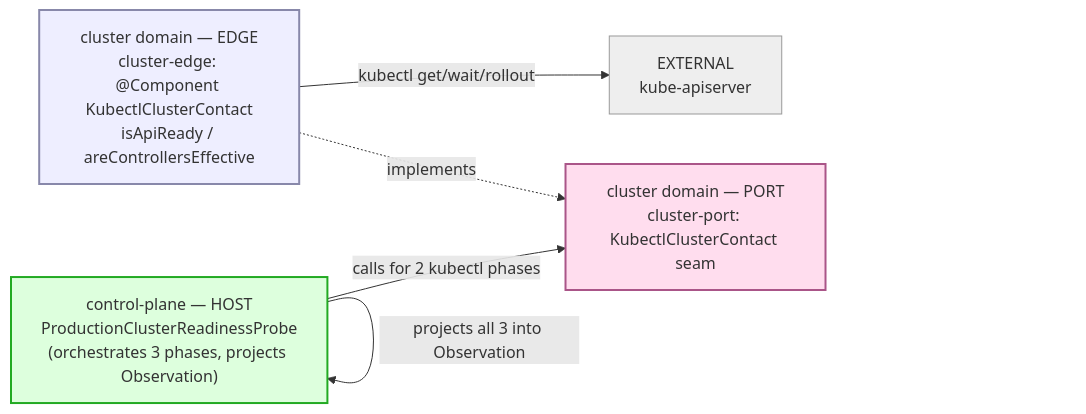
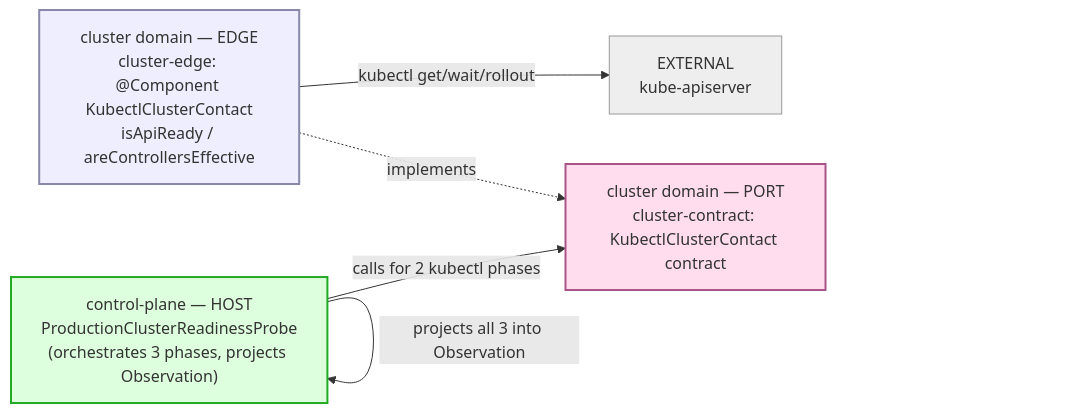
Before and after one commit to nxmatic/rke2lab: the fourth of 5 diagrams in docs/architecture/osgi/cluster-edge-spec.adoc, drawn with Mermaid. The commit also changed other lines of this file and 25 other files, not shown here.

```diff
--- a/docs/architecture/osgi/cluster-edge-spec.adoc
+++ b/docs/architecture/osgi/cluster-edge-spec.adoc
@@ -189,20 +189,20 @@
 [mermaid]
 ....
 flowchart LR
   world["EXTERNAL<br/>kube-apiserver"]
   edge["cluster domain — EDGE<br/>cluster-edge: @Component KubectlClusterContact<br/>isApiReady / areControllersEffective"]
-  cport["cluster domain — PORT<br/>cluster-port: KubectlClusterContact seam"]
+  cport["cluster domain — PORT<br/>cluster-contract: KubectlClusterContact contract"]
   host["control-plane — HOST<br/>ProductionClusterReadinessProbe<br/>(orchestrates 3 phases, projects Observation)"]
   edge -->|kubectl get/wait/rollout| world
   edge -.->|implements| cport
   host -->|calls for 2 kubectl phases| cport
   host -->|projects all 3 into Observation| host
   classDef e fill:#eef,stroke:#88a,stroke-width:2px;
   classDef p fill:#fde,stroke:#a58,stroke-width:2px;
   classDef h fill:#dfd,stroke:#2a2,stroke-width:2px;
   classDef w fill:#eee,stroke:#999,stroke-width:1px;
   class edge e;
   class cport p;
   class host h;
   class world w;
 ....
```
